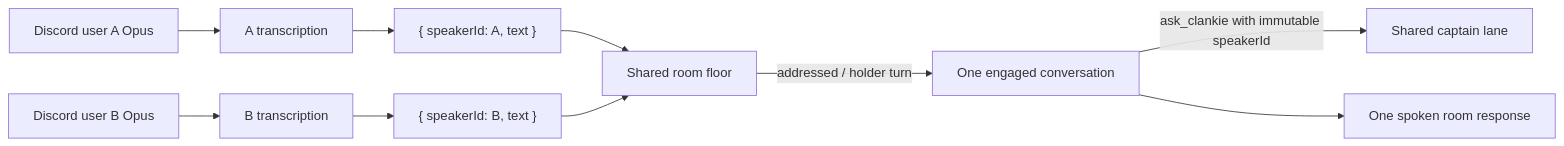
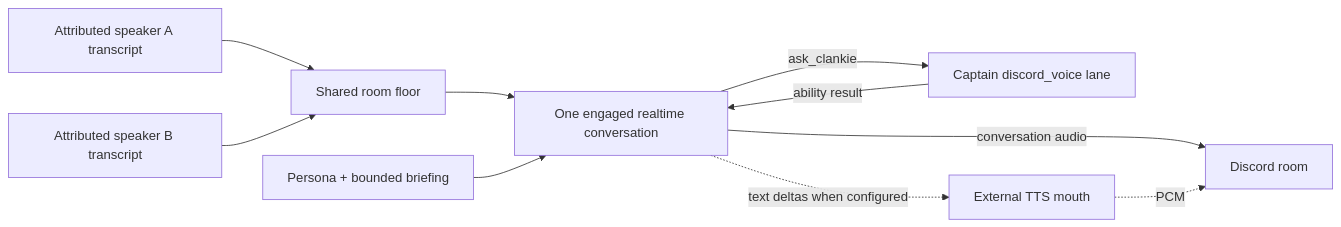
Before and after one commit to Volpestyle/clankie: the diagram in docs/adr/0057-realtime-voice-with-captain-handoff.md, drawn with Mermaid. The commit also changed other lines of this file and 78 other files, not shown here.

````diff
--- a/docs/adr/0057-realtime-voice-with-captain-handoff.md
+++ b/docs/adr/0057-realtime-voice-with-captain-handoff.md
@@ -104,12 +24,12 @@
 ```mermaid
 flowchart LR
-  A[Discord user A Opus] --> TA[A transcription]
-  B[Discord user B Opus] --> TB[B transcription]
-  TA --> UA["{ speakerId: A, text }"]
-  TB --> UB["{ speakerId: B, text }"]
-  UA --> F[Shared room floor]
-  UB --> F
-  F -->|addressed / holder turn| C[One engaged conversation]
-  C -->|ask_clankie with immutable speakerId| P[Shared captain lane]
-  C --> O[One spoken room response]
+  A[Attributed speaker A transcript] --> F[Shared room floor]
+  B[Attributed speaker B transcript] --> F
+  F --> R[One engaged realtime conversation]
+  P[Persona + bounded briefing] --> R
+  R -->|conversation audio| V[Discord room]
+  R -->|ask_clankie| C[Captain discord_voice lane]
+  C -->|ability result| R
+  R -. text deltas when configured .-> T[External TTS mouth]
+  T -. PCM .-> V
 ```
````
